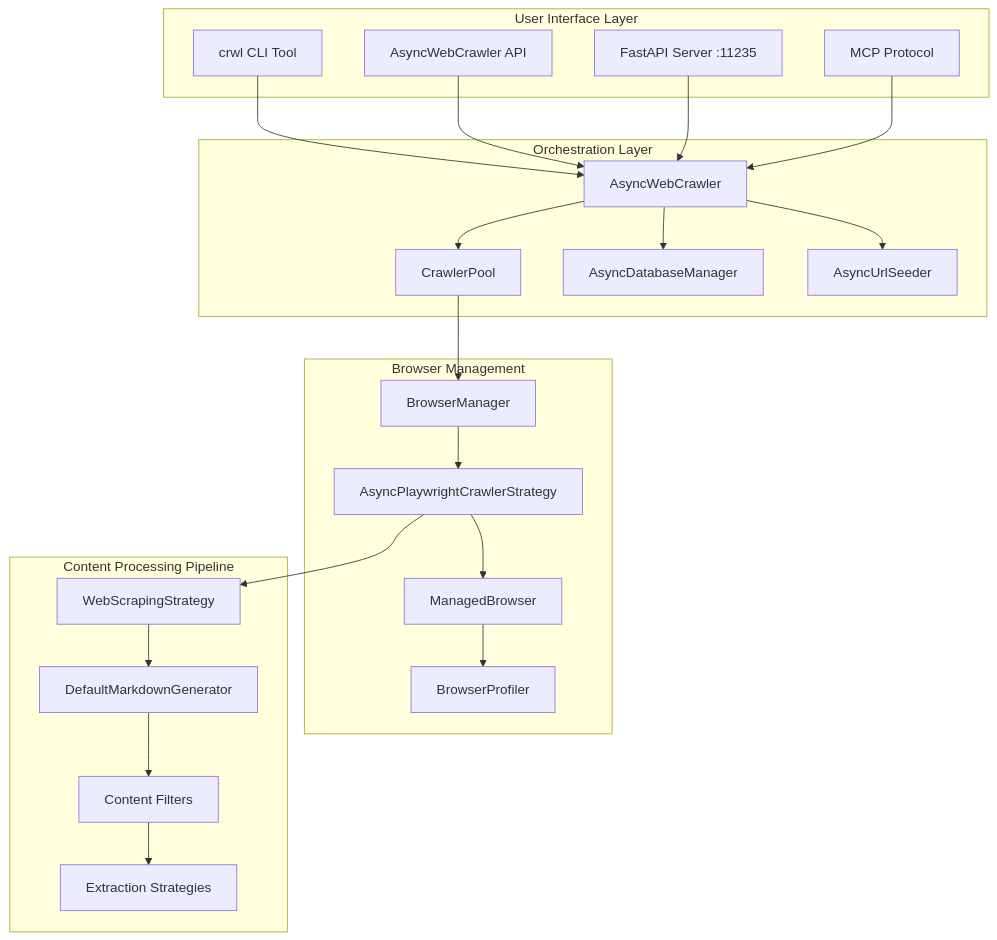
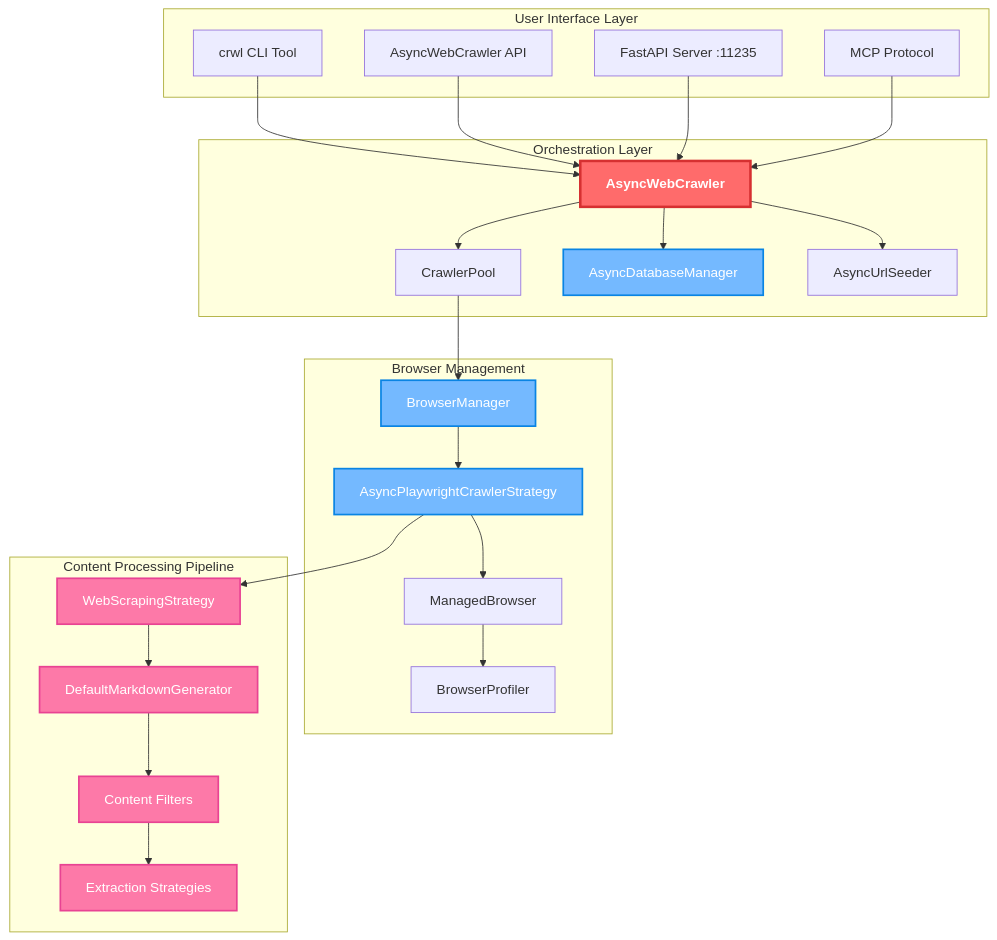
One commit to dwarvesf/research changed the first of 2 diagrams in breakdown/crawl4ai-llm-optimized-web-crawling-breakdown.md. Above: the diagram before and after it, drawn with Mermaid. The commit also changed other lines of this file, not shown here.

````diff
--- a/breakdown/crawl4ai-llm-optimized-web-crawling-breakdown.md
+++ b/breakdown/crawl4ai-llm-optimized-web-crawling-breakdown.md
@@ -32,49 +32,66 @@
 ```mermaid
 graph TB
     subgraph "User Interface Layer"
         CLI[crwl CLI Tool]
         API[AsyncWebCrawler API]
         Docker[FastAPI Server :11235]
         MCP[MCP Protocol]
     end
 
     subgraph "Orchestration Layer"
         AWC[AsyncWebCrawler]
         CP[CrawlerPool]
         ADM[AsyncDatabaseManager]
         AUS[AsyncUrlSeeder]
     end
 
     subgraph "Browser Management"
         BM[BrowserManager]
         APCS[AsyncPlaywrightCrawlerStrategy]
         MB[ManagedBrowser]
         BP[BrowserProfiler]
     end
 
     subgraph "Content Processing Pipeline"
         WSS[WebScrapingStrategy]
         DMG[DefaultMarkdownGenerator]
         CF[Content Filters]
         ES[Extraction Strategies]
     end
 
     CLI --> AWC
     API --> AWC
     Docker --> AWC
     MCP --> AWC
 
     AWC --> CP
     AWC --> ADM
     AWC --> AUS
 
     CP --> BM
     BM --> APCS
     APCS --> MB
     MB --> BP
 
     APCS --> WSS
     WSS --> DMG
     DMG --> CF
     CF --> ES
+
+    %% Highlight key components with colors and styling
+    classDef coreComponent fill:#ff6b6b,stroke:#d63031,stroke-width:3px,color:#fff,font-weight:bold
+    classDef essentialComponent fill:#74b9ff,stroke:#0984e3,stroke-width:2px,color:#fff
+    classDef criticalComponent fill:#fd79a8,stroke:#e84393,stroke-width:2px,color:#fff
+
+    %% Core orchestration - the heart of the system
+    class AWC coreComponent
+
+    %% Essential browser management - handles the actual crawling
+    class BM,APCS essentialComponent
+
+    %% Critical content processing - what makes it AI-ready
+    class WSS,DMG,CF,ES criticalComponent
+
+    %% Key data management
+    class ADM essentialComponent
 ```
````
